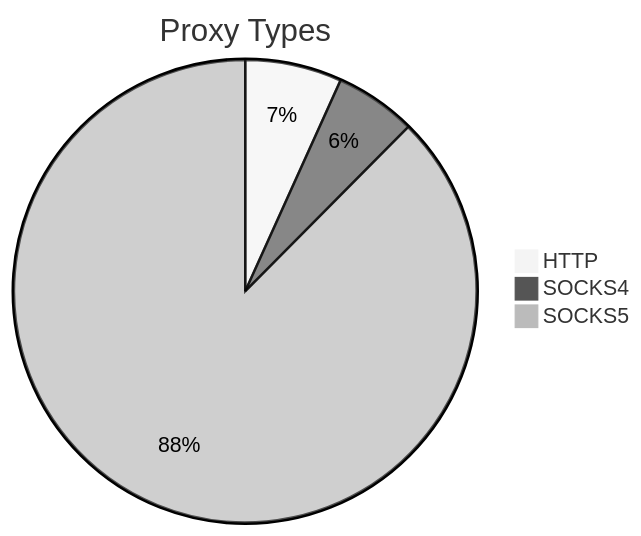
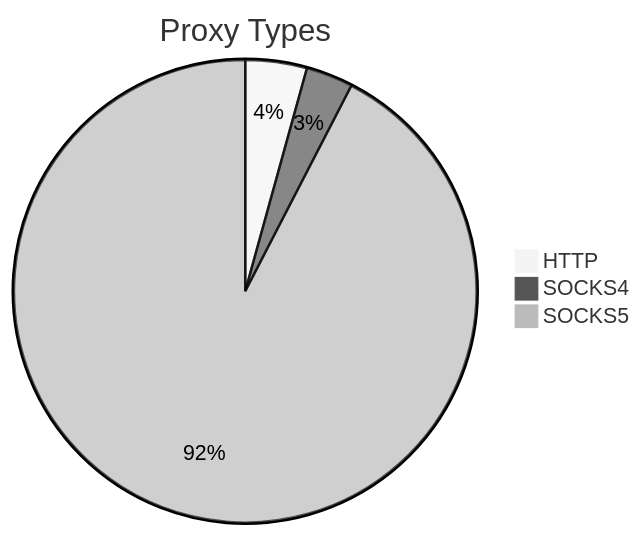
One commit to stormsia/proxy-list changed the first of 2 diagrams in README.md. Above: the diagram before and after it, drawn with Mermaid (neutral theme). The commit also changed other lines of this file, not shown here.

````diff
--- a/README.md
+++ b/README.md
@@ -21,6 +21,6 @@
 ```mermaid
 pie title Proxy Types
-    "HTTP" : 75
-    "SOCKS4" : 63
-    "SOCKS5" : 972
+    "HTTP" : 81
+    "SOCKS4" : 62
+    "SOCKS5" : 1742
 ```
````
